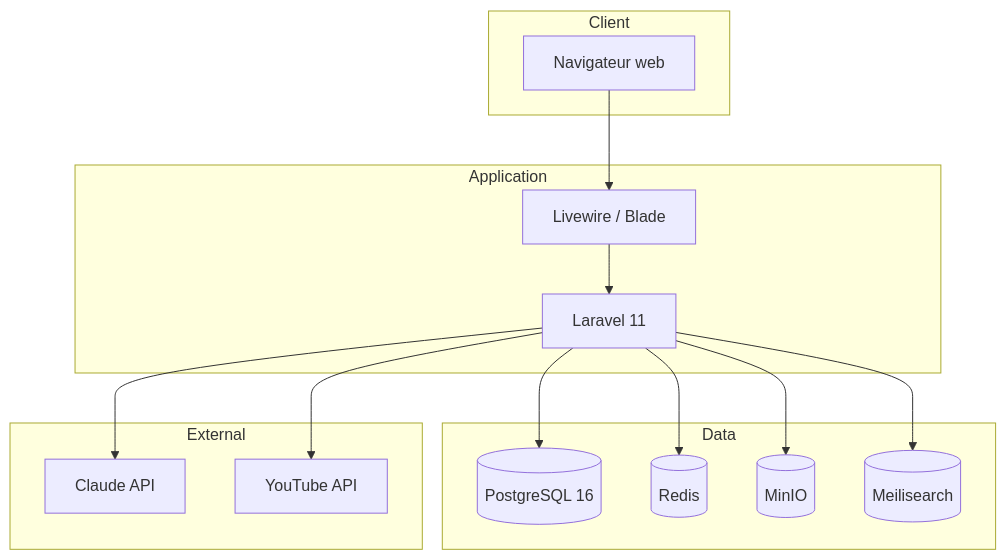
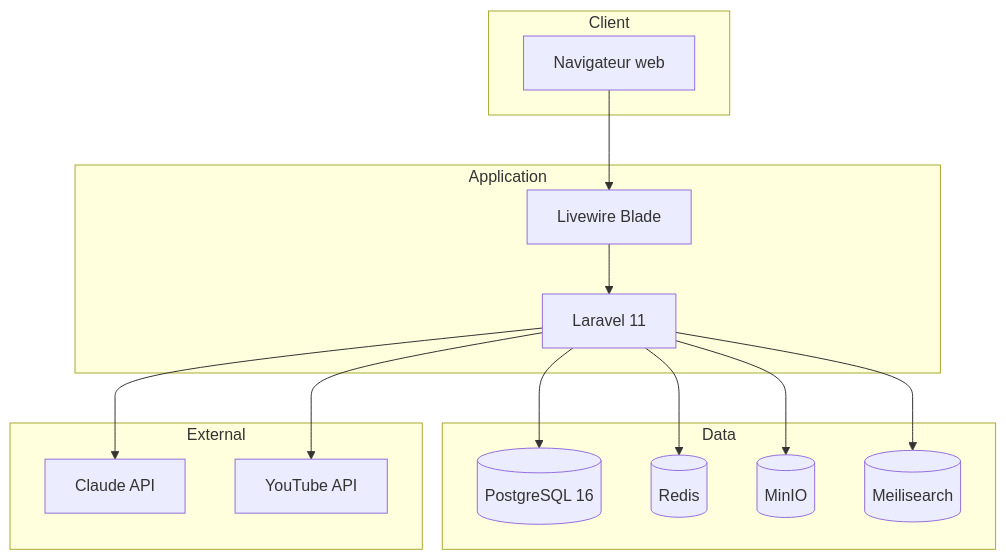
One commit to Claude20022002/StudyLib changed the second of 15 diagrams in docs/RAPPORT.md. Above: the diagram before and after it, drawn with Mermaid. The commit also changed other lines of this file, not shown here.

Commit message:
Update RAPPORT.md to enhance compatibility with GitHub by adjusting Mermaid diagram labels, standardizing terminology, and improving clarity in various sections, including functional modules and user flows.

````diff
--- a/docs/RAPPORT.md
+++ b/docs/RAPPORT.md
@@ -140,32 +141,32 @@
 ```mermaid
 flowchart TB
     subgraph Client
         B[Navigateur web]
     end
 
     subgraph Application
         L[Laravel 11]
-        LW[Livewire / Blade]
+        LW[Livewire Blade]
     end
 
     subgraph Data
         PG[(PostgreSQL 16)]
         R[(Redis)]
         M[(MinIO)]
         MS[(Meilisearch)]
     end
 
     subgraph External
         CL[Claude API]
         YT[YouTube API]
     end
 
     B --> LW
     LW --> L
     L --> PG
     L --> R
     L --> M
     L --> MS
     L --> CL
     L --> YT
 ```
````
